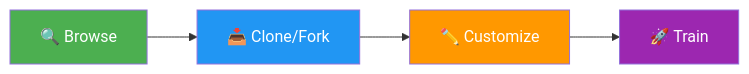
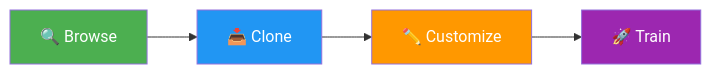
One commit to ultralytics/ultralytics changed the diagram in docs/en/platform/explore.md. Above: the diagram before and after it, drawn with Mermaid. The commit also changed other lines of this file and 20 other files, not shown here.

````diff
--- a/docs/en/platform/explore.md
+++ b/docs/en/platform/explore.md
@@ -13,11 +13,11 @@
 ```mermaid
 graph LR
-    A[🔍 Browse] --> B[📥 Clone/Fork]
+    A[🔍 Browse] --> B[📥 Clone]
     B --> C[✏️ Customize]
     C --> D[🚀 Train]
 
     style A fill:#4CAF50,color:#fff
     style B fill:#2196F3,color:#fff
     style C fill:#FF9800,color:#fff
     style D fill:#9C27B0,color:#fff
 ```
````
